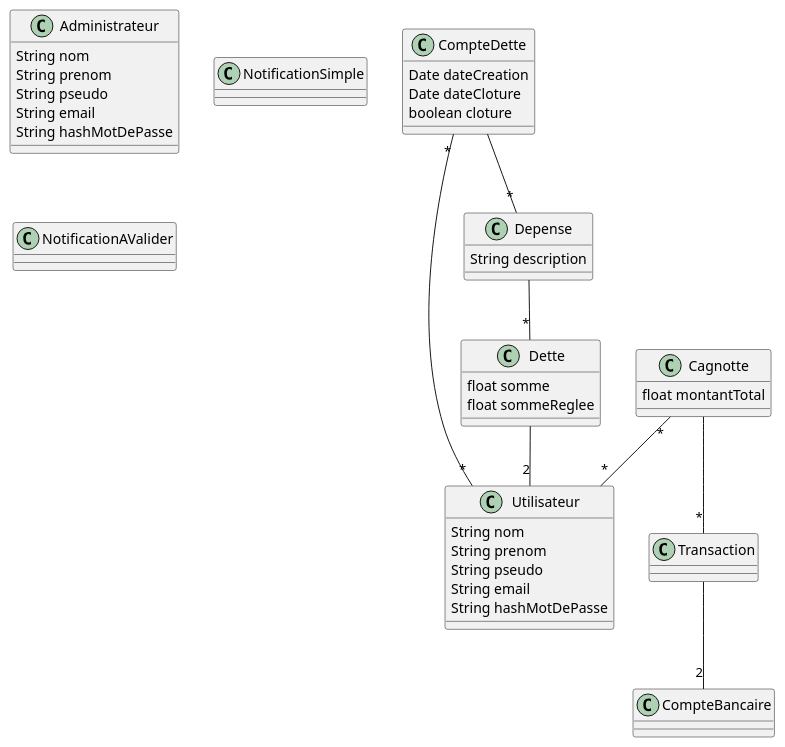
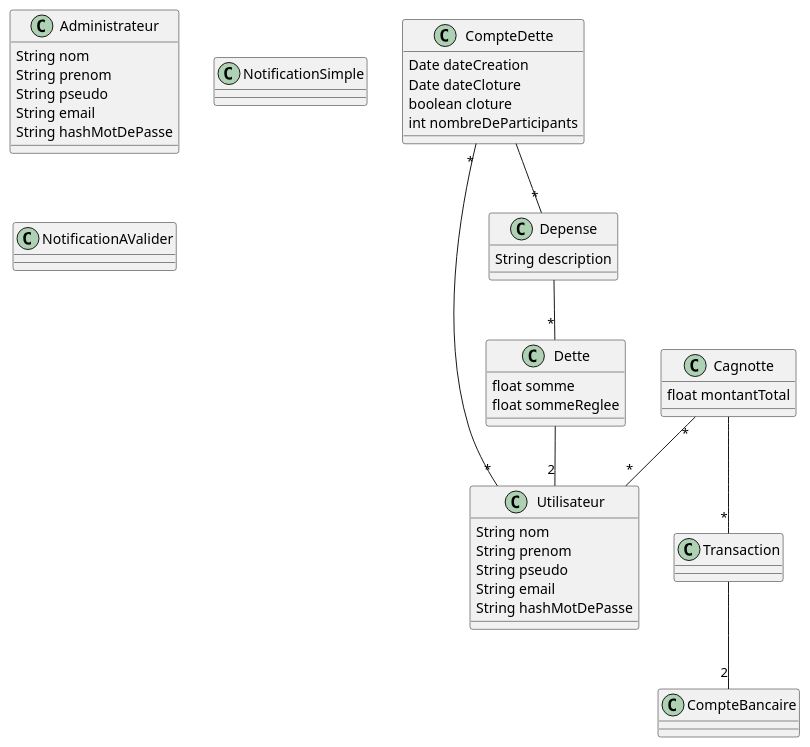
The diagram in diagrammes/specification/description-donnees/classes.puml (lmtb06/sharecount), drawn with PlantUML before and after one commit. The commit also changed 4 other files, not shown here.

Commit message:
Diagrammes d'etat

```diff
--- a/diagrammes/specification/description-donnees/classes.puml
+++ b/diagrammes/specification/description-donnees/classes.puml
@@ -1,62 +1,64 @@
-@startuml
+@startuml Classes
+
 	class Utilisateur {
 		String nom
 		String prenom
 		String pseudo
 		String email
 		String hashMotDePasse
 	}
 
 	class Administrateur {
 		String nom
 		String prenom
 		String pseudo
 		String email
 		String hashMotDePasse
 	}
 
 	class Cagnotte {
 		float montantTotal
 	}
 
 	Cagnotte "*"--"*" Utilisateur
 	Cagnotte --"*" Transaction
 
 	class CompteDette {
 		Date dateCreation
 		Date dateCloture
 		boolean cloture
+		int nombreDeParticipants
 	}
 	CompteDette "*"--"*" Utilisateur
 	CompteDette --"*" Depense
 
 	class Depense {
 		String description
 	}
 	Depense --"*" Dette
 
 	class Dette {
 		float somme
 		float sommeReglee
 	}
 	Dette --"2" Utilisateur
 
 	class Transaction {
 
 	}
 
 	Transaction --"2" CompteBancaire
 
 	class CompteBancaire {
 
 	}
 
 	class NotificationSimple {
 
 	}
 
 	class NotificationAValider {
 
 	}
 
 @enduml
```
